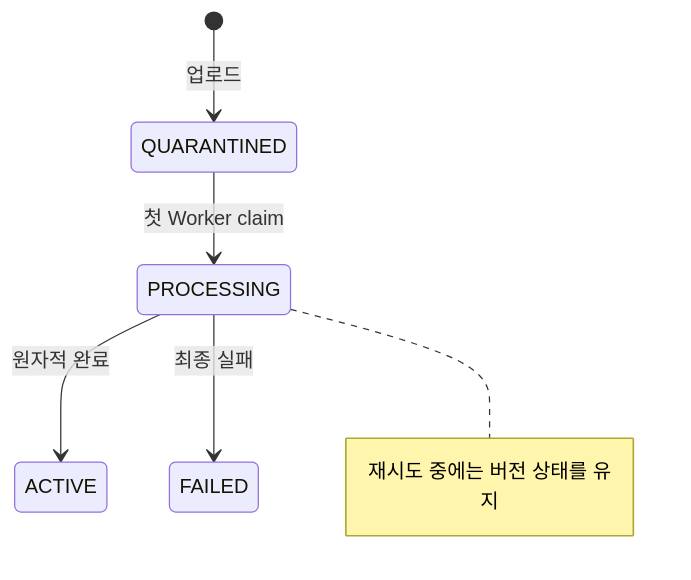
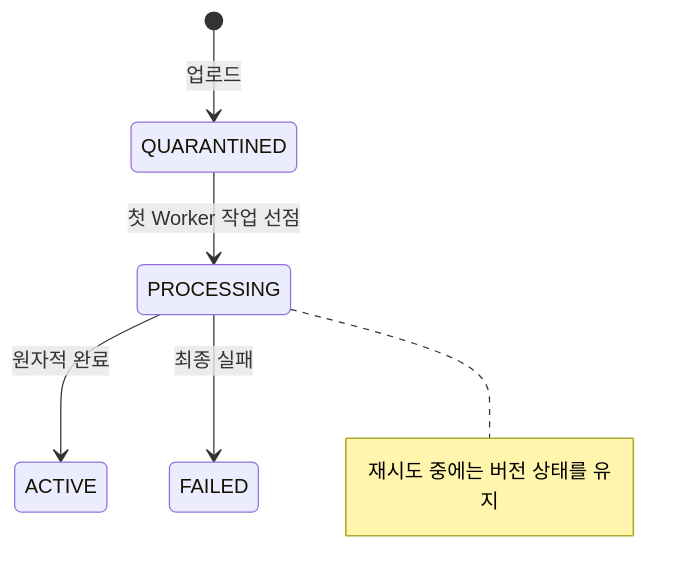
Before and after one commit to jaemin-devlog/PRIZM: the seventh of 8 diagrams in docs/architecture.md, drawn with Mermaid. The commit also changed other lines of this file and 10 other files, not shown here.

````diff
--- a/docs/architecture.md
+++ b/docs/architecture.md
@@ -443,10 +445,10 @@
 ```mermaid
 stateDiagram-v2
     [*] --> QUARANTINED: 업로드
-    QUARANTINED --> PROCESSING: 첫 Worker claim
+    QUARANTINED --> PROCESSING: 첫 Worker 작업 선점
     PROCESSING --> ACTIVE: 원자적 완료
     PROCESSING --> FAILED: 최종 실패
     note right of PROCESSING
         재시도 중에는 버전 상태를 유지
     end note
 ```
````
